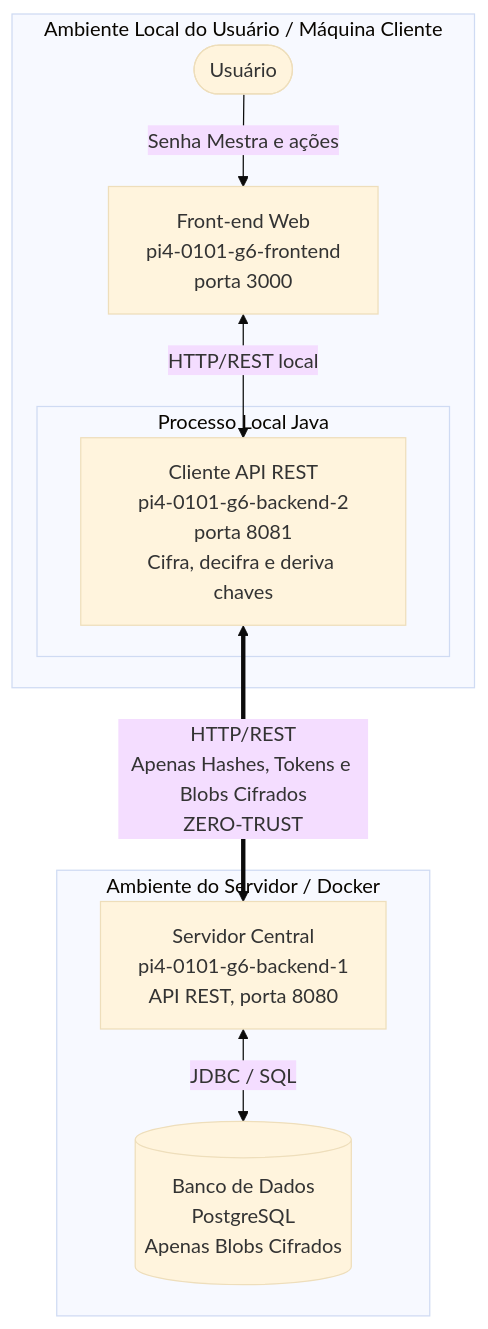
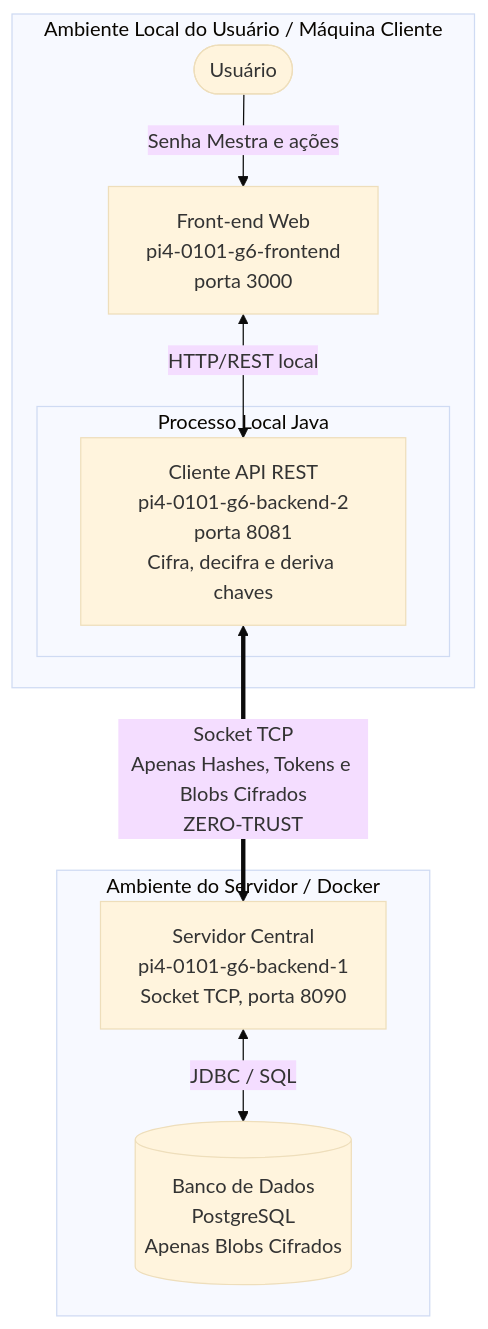
The diagram in docs/fluxos/VisaoGeral.md (egili/pi4-0101-g6-frontend), drawn with Mermaid (base theme) before and after one commit. The commit also changed other lines of this file and 8 other files, not shown here.

First line of the commit message:
OP#825 OP#810 Docs: fluxos E1-E9 e visão geral descrevem o socket entre Cliente e Servidor

````diff
--- a/docs/fluxos/VisaoGeral.md
+++ b/docs/fluxos/VisaoGeral.md
@@ -32,18 +32,18 @@
 ```mermaid
 flowchart TD
     subgraph HostCliente [Ambiente Local do Usuário / Máquina Cliente]
         U([Usuário]) -->|Senha Mestra e ações| FE[Front-end Web<br>pi4-0101-g6-frontend<br>porta 3000]
         subgraph ProcessoCliente [Processo Local Java]
             CM[Cliente API REST<br>pi4-0101-g6-backend-2<br>porta 8081<br>Cifra, decifra e deriva chaves]
         end
         FE <-->|HTTP/REST local| CM
     end
 
     subgraph HostServidor [Ambiente do Servidor / Docker]
-        S[Servidor Central<br>pi4-0101-g6-backend-1<br>API REST, porta 8080]
+        S[Servidor Central<br>pi4-0101-g6-backend-1<br>Socket TCP, porta 8090]
         DB[(Banco de Dados<br>PostgreSQL<br>Apenas Blobs Cifrados)]
         S <-->|JDBC / SQL| DB
     end
 
-    CM <==>|HTTP/REST<br>Apenas Hashes, Tokens e Blobs Cifrados<br>ZERO-TRUST| S
+    CM <==>|Socket TCP<br>Apenas Hashes, Tokens e Blobs Cifrados<br>ZERO-TRUST| S
 ```
````
